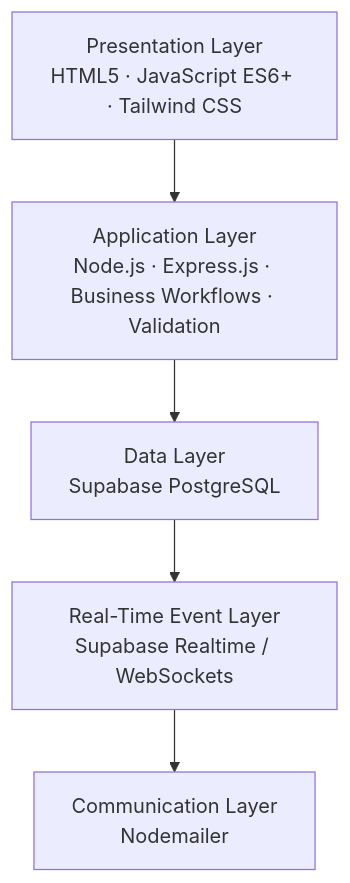
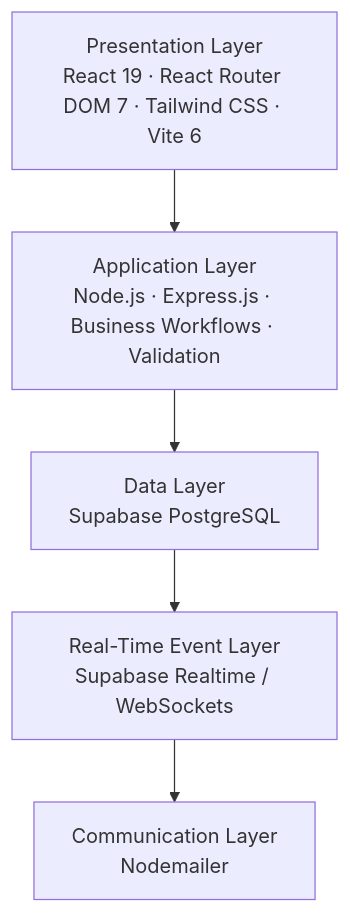
The ninth of 12 diagrams in README.md (almahmudpias/NSU_IT_Support_Center), drawn with Mermaid before and after one commit. The commit also changed other lines of this file, not shown here.

````diff
--- a/README.md
+++ b/README.md
@@ -571,7 +575,7 @@
 ```mermaid
 flowchart TD
-    P["Presentation Layer<br/>HTML5 · JavaScript ES6+ · Tailwind CSS"] --> A["Application Layer<br/>Node.js · Express.js · Business Workflows · Validation"]
+    P["Presentation Layer<br/>React 19 · React Router DOM 7 · Tailwind CSS · Vite 6"] --> A["Application Layer<br/>Node.js · Express.js · Business Workflows · Validation"]
     A --> D["Data Layer<br/>Supabase PostgreSQL"]
     D --> R["Real-Time Event Layer<br/>Supabase Realtime / WebSockets"]
     R --> C["Communication Layer<br/>Nodemailer"]
 ```
````
